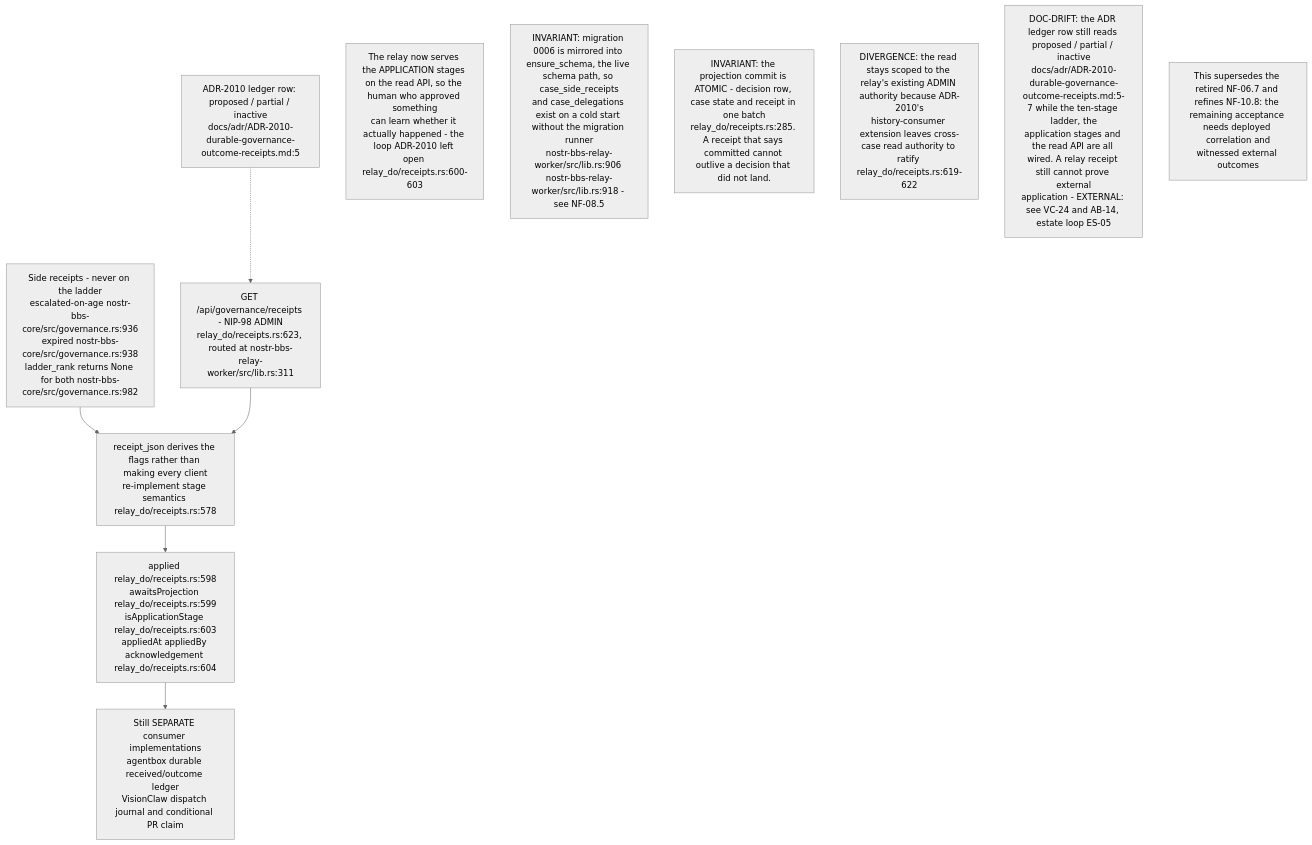
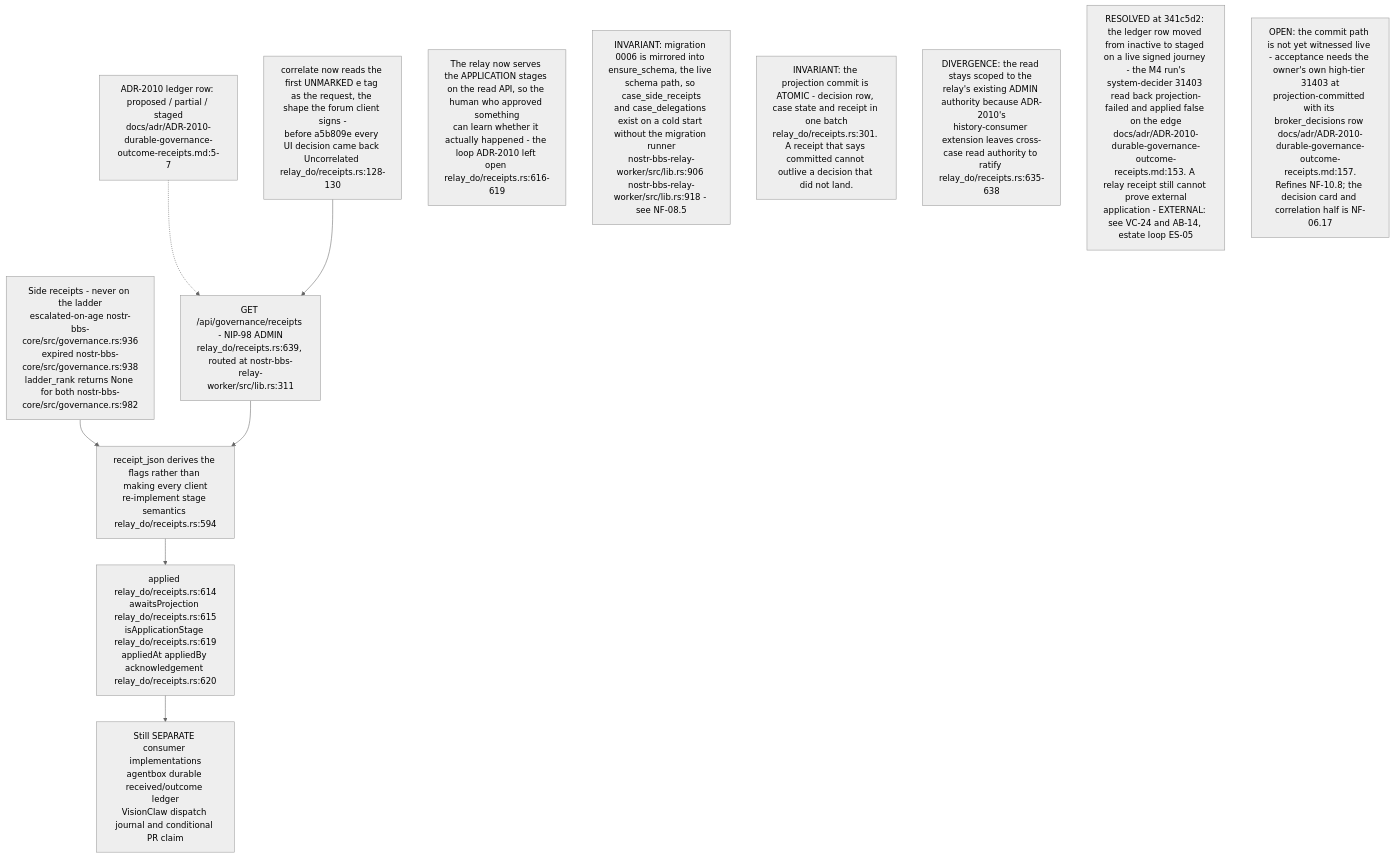
One commit to DreamLab-AI/VisionFlow changed the ninth of 16 diagrams in docs/diagrams/nostr-rust-forum/11-relay-durable-object-internals.md. Above: the diagram before and after it, drawn with Mermaid (neutral theme). The commit also changed other lines of this file and 17 other files, not shown here.

````diff
--- a/docs/diagrams/nostr-rust-forum/11-relay-durable-object-internals.md
+++ b/docs/diagrams/nostr-rust-forum/11-relay-durable-object-internals.md
@@ -289,21 +289,23 @@
 ```mermaid
 flowchart TB
     SIDE["Side receipts - never on the ladder<br/>escalated-on-age nostr-bbs-core/src/governance.rs:936<br/>expired nostr-bbs-core/src/governance.rs:938<br/>ladder_rank returns None for both nostr-bbs-core/src/governance.rs:982"]
-    API["GET /api/governance/receipts - NIP-98 ADMIN<br/>relay_do/receipts.rs:623, routed at nostr-bbs-relay-worker/src/lib.rs:311"]
-    JSON["receipt_json derives the flags rather than making every client<br/>re-implement stage semantics relay_do/receipts.rs:578"]
-    FLAGS["applied relay_do/receipts.rs:598<br/>awaitsProjection relay_do/receipts.rs:599<br/>isApplicationStage relay_do/receipts.rs:603<br/>appliedAt appliedBy acknowledgement relay_do/receipts.rs:604"]
-    LEDGER["ADR-2010 ledger row: proposed / partial / inactive<br/>docs/adr/ADR-2010-durable-governance-outcome-receipts.md:5"]
+    API["GET /api/governance/receipts - NIP-98 ADMIN<br/>relay_do/receipts.rs:639, routed at nostr-bbs-relay-worker/src/lib.rs:311"]
+    JSON["receipt_json derives the flags rather than making every client<br/>re-implement stage semantics relay_do/receipts.rs:594"]
+    FLAGS["applied relay_do/receipts.rs:614<br/>awaitsProjection relay_do/receipts.rs:615<br/>isApplicationStage relay_do/receipts.rs:619<br/>appliedAt appliedBy acknowledgement relay_do/receipts.rs:620"]
+    LEDGER["ADR-2010 ledger row: proposed / partial / staged<br/>docs/adr/ADR-2010-durable-governance-outcome-receipts.md:5-7"]
+    CORR["correlate now reads the first UNMARKED e tag as the request, the shape the forum client signs -<br/>before a5b809e every UI decision came back Uncorrelated relay_do/receipts.rs:128-130"]
     OPEN["Still SEPARATE consumer implementations<br/>agentbox durable received/outcome ledger<br/>VisionClaw dispatch journal and conditional PR claim"]
 
     SIDE --> JSON
     API --> JSON --> FLAGS
     LEDGER -.-> API
+    CORR --> API
     FLAGS --> OPEN
 
-    N1["The relay now serves the APPLICATION stages on the read API, so the human who approved something<br/>can learn whether it actually happened - the loop ADR-2010 left open relay_do/receipts.rs:600-603"]
+    N1["The relay now serves the APPLICATION stages on the read API, so the human who approved something<br/>can learn whether it actually happened - the loop ADR-2010 left open relay_do/receipts.rs:616-619"]
     N6["INVARIANT: migration 0006 is mirrored into ensure_schema, the live schema path, so case_side_receipts<br/>and case_delegations exist on a cold start without the migration runner<br/>nostr-bbs-relay-worker/src/lib.rs:906 nostr-bbs-relay-worker/src/lib.rs:918 - see NF-08.5"]
-    N2["INVARIANT: the projection commit is ATOMIC - decision row, case state and receipt in one batch<br/>relay_do/receipts.rs:285. A receipt that says committed cannot outlive a decision that did not land."]
-    N3["DIVERGENCE: the read stays scoped to the relay's existing ADMIN authority because ADR-2010's<br/>history-consumer extension leaves cross-case read authority to ratify relay_do/receipts.rs:619-622"]
-    N4["DOC-DRIFT: the ADR ledger row still reads proposed / partial / inactive<br/>docs/adr/ADR-2010-durable-governance-outcome-receipts.md:5-7 while the ten-stage ladder, the<br/>application stages and the read API are all wired. A relay receipt still cannot prove external<br/>application - EXTERNAL: see VC-24 and AB-14, estate loop ES-05"]
-    N5["This supersedes the retired NF-06.7 and refines NF-10.8: the remaining acceptance needs deployed correlation and<br/>witnessed external outcomes"]
+    N2["INVARIANT: the projection commit is ATOMIC - decision row, case state and receipt in one batch<br/>relay_do/receipts.rs:301. A receipt that says committed cannot outlive a decision that did not land."]
+    N3["DIVERGENCE: the read stays scoped to the relay's existing ADMIN authority because ADR-2010's<br/>history-consumer extension leaves cross-case read authority to ratify relay_do/receipts.rs:635-638"]
+    N4["RESOLVED at 341c5d2: the ledger row moved from inactive to staged on a live signed journey - the M4 run's<br/>system-decider 31403 read back projection-failed and applied false on the edge<br/>docs/adr/ADR-2010-durable-governance-outcome-receipts.md:153. A relay receipt still cannot prove external<br/>application - EXTERNAL: see VC-24 and AB-14, estate loop ES-05"]
+    N5["OPEN: the commit path is not yet witnessed live - acceptance needs the owner's own high-tier 31403 at<br/>projection-committed with its broker_decisions row docs/adr/ADR-2010-durable-governance-outcome-receipts.md:157.<br/>Refines NF-10.8; the decision card and correlation half is NF-06.17"]
 ```
````
